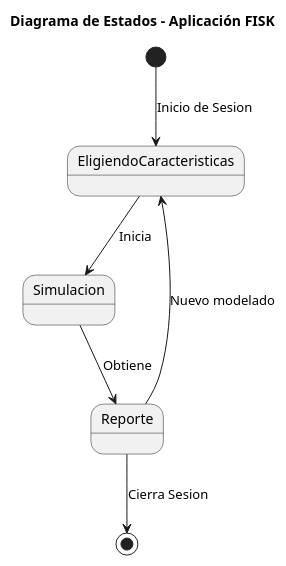
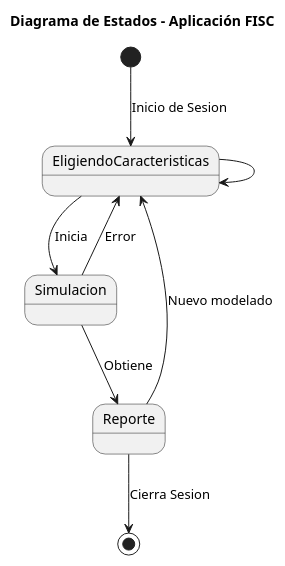
One commit to mmasias/23-24-IdSw1-SDR changed the diagram in modelosUML/diagramaEstados.puml. Above: the diagram before and after it, drawn with PlantUML. The commit also changed 3 other files, not shown here.

Commit message:
readme casos de uso, y arreglo de diagrama de estados

```diff
--- a/modelosUML/diagramaEstados.puml
+++ b/modelosUML/diagramaEstados.puml
@@ -1,11 +1,14 @@
 @startuml
 
-title Diagrama de Estados - Aplicación FISK
+title Diagrama de Estados - Aplicación FISC
 
 [*] --> EligiendoCaracteristicas : Inicio de Sesion
 EligiendoCaracteristicas --> Simulacion : Inicia
 Simulacion --> Reporte : Obtiene
 Reporte --> EligiendoCaracteristicas : Nuevo modelado
 Reporte --> [*] : Cierra Sesion
 
+EligiendoCaracteristicas --> EligiendoCaracteristicas
+Simulacion --> EligiendoCaracteristicas : Error
+
 @enduml
```
